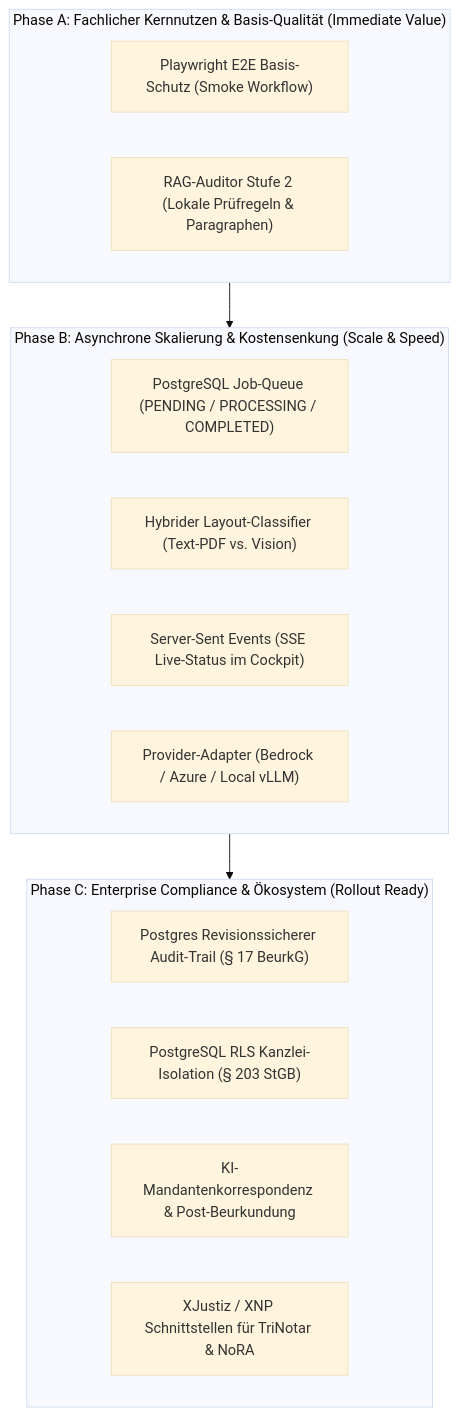
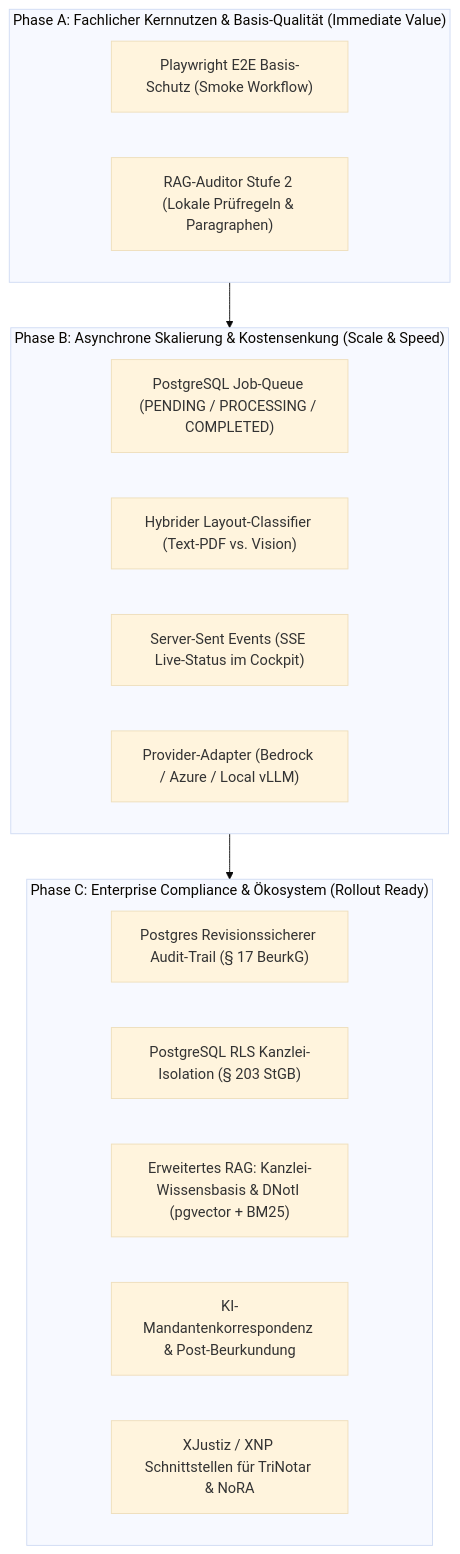
Before and after one commit to oguzbits/notar-agent: the seventh of 7 diagrams in ARCHITECTURE_ROADMAP.md, drawn with Mermaid (base theme). The commit also changed other lines of this file and 10 other files, not shown here.

````diff
--- a/ARCHITECTURE_ROADMAP.md
+++ b/ARCHITECTURE_ROADMAP.md
@@ -292,23 +299,24 @@
 ```mermaid
 graph TD
     subgraph PhaseA["Phase A: Fachlicher Kernnutzen & Basis-Qualität (Immediate Value)"]
         A1["Playwright E2E Basis-Schutz (Smoke Workflow)"]
         A2["RAG-Auditor Stufe 2 (Lokale Prüfregeln & Paragraphen)"]
     end
 
     subgraph PhaseB["Phase B: Asynchrone Skalierung & Kostensenkung (Scale & Speed)"]
         B1["PostgreSQL Job-Queue (PENDING / PROCESSING / COMPLETED)"]
         B2["Hybrider Layout-Classifier (Text-PDF vs. Vision)"]
         B3["Server-Sent Events (SSE Live-Status im Cockpit)"]
         B4["Provider-Adapter (Bedrock / Azure / Local vLLM)"]
     end
 
     subgraph PhaseC["Phase C: Enterprise Compliance & Ökosystem (Rollout Ready)"]
         C1["Postgres Revisionssicherer Audit-Trail (§ 17 BeurkG)"]
         C2["PostgreSQL RLS Kanzlei-Isolation (§ 203 StGB)"]
-        C3["KI-Mandantenkorrespondenz & Post-Beurkundung"]
-        C4["XJustiz / XNP Schnittstellen für TriNotar & NoRA"]
+        C3["Erweitertes RAG: Kanzlei-Wissensbasis & DNotI (pgvector + BM25)"]
+        C4["KI-Mandantenkorrespondenz & Post-Beurkundung"]
+        C5["XJustiz / XNP Schnittstellen für TriNotar & NoRA"]
     end
 
     PhaseA --> PhaseB --> PhaseC
 ```
````
